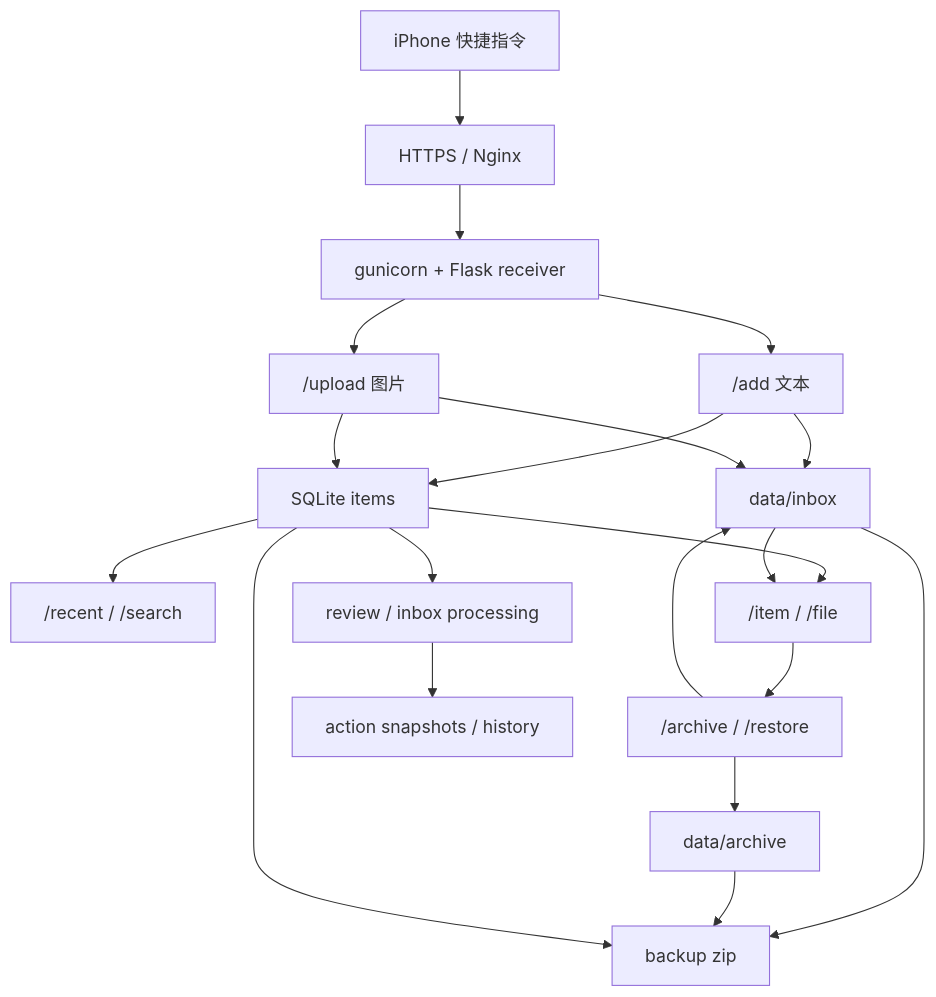
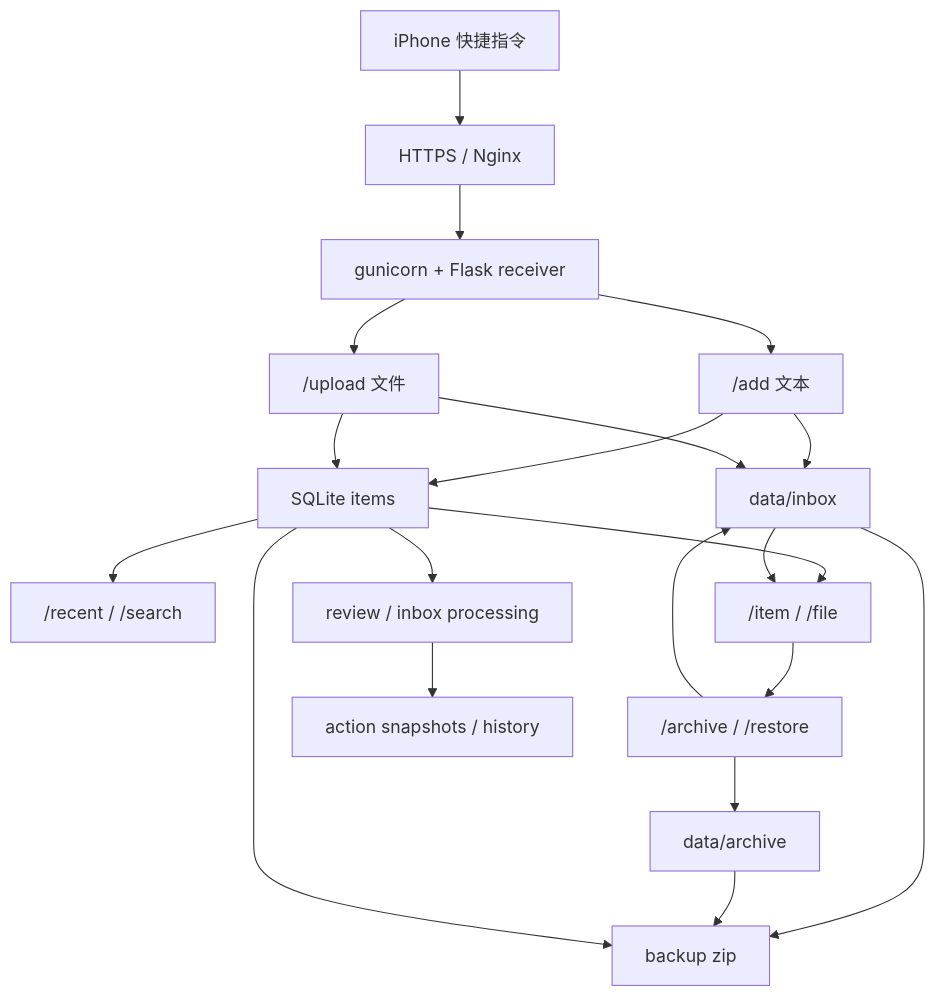
Before and after one commit to PengWeiTaing/Axiom: the diagram in README.md, drawn with Mermaid. The commit also changed other lines of this file and 11 other files, not shown here.

````diff
--- a/README.md
+++ b/README.md
@@ -87,27 +87,27 @@
 ```mermaid
 flowchart TD
     A["iPhone 快捷指令"] --> B["HTTPS / Nginx"]
     B --> C["gunicorn + Flask receiver"]
 
     C --> D["/add 文本"]
-    C --> E["/upload 图片"]
+    C --> E["/upload 文件"]
     D --> F["data/inbox"]
     E --> F
     D --> G["SQLite items"]
     E --> G
 
     G --> H["/recent / /search"]
     G --> I["/item / /file"]
     F --> I
 
     I --> J["/archive / /restore"]
     J --> F
     J --> K["data/archive"]
 
     F --> L["backup zip"]
     K --> L
     G --> L
 
     G --> M["review / inbox processing"]
     M --> N["action snapshots / history"]
 ```
````
